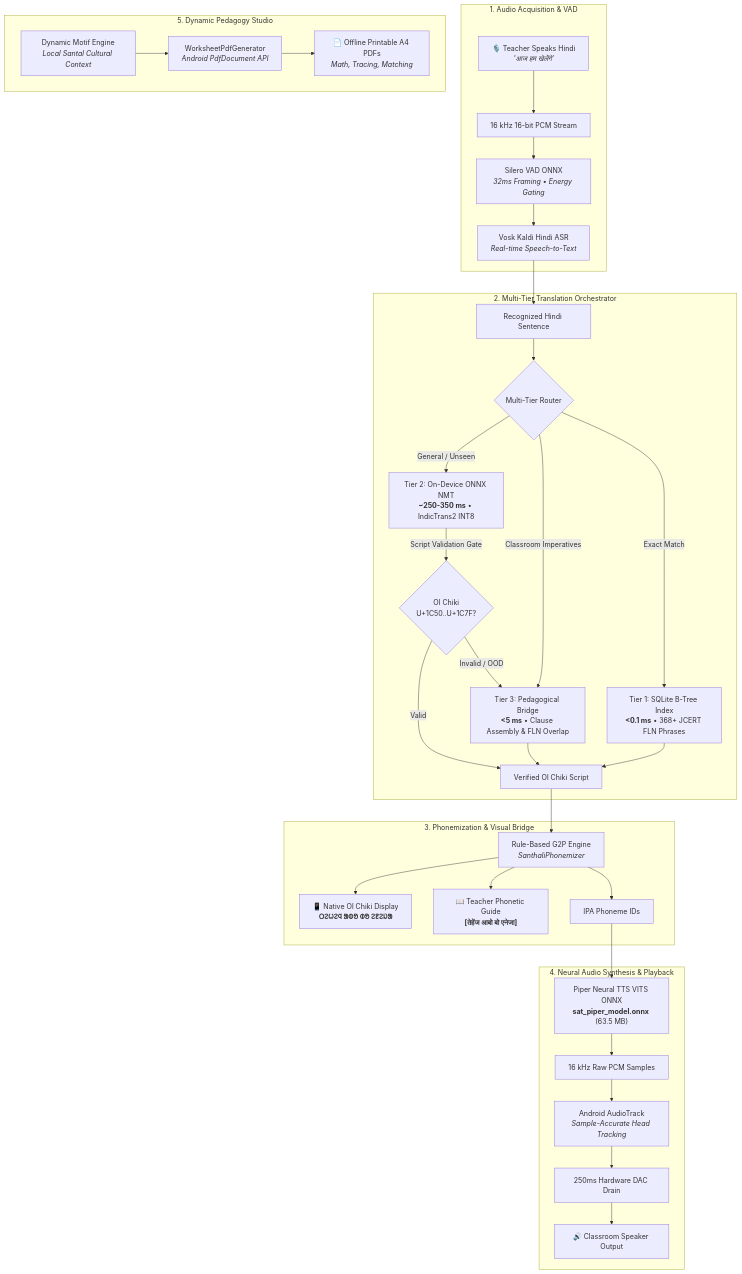
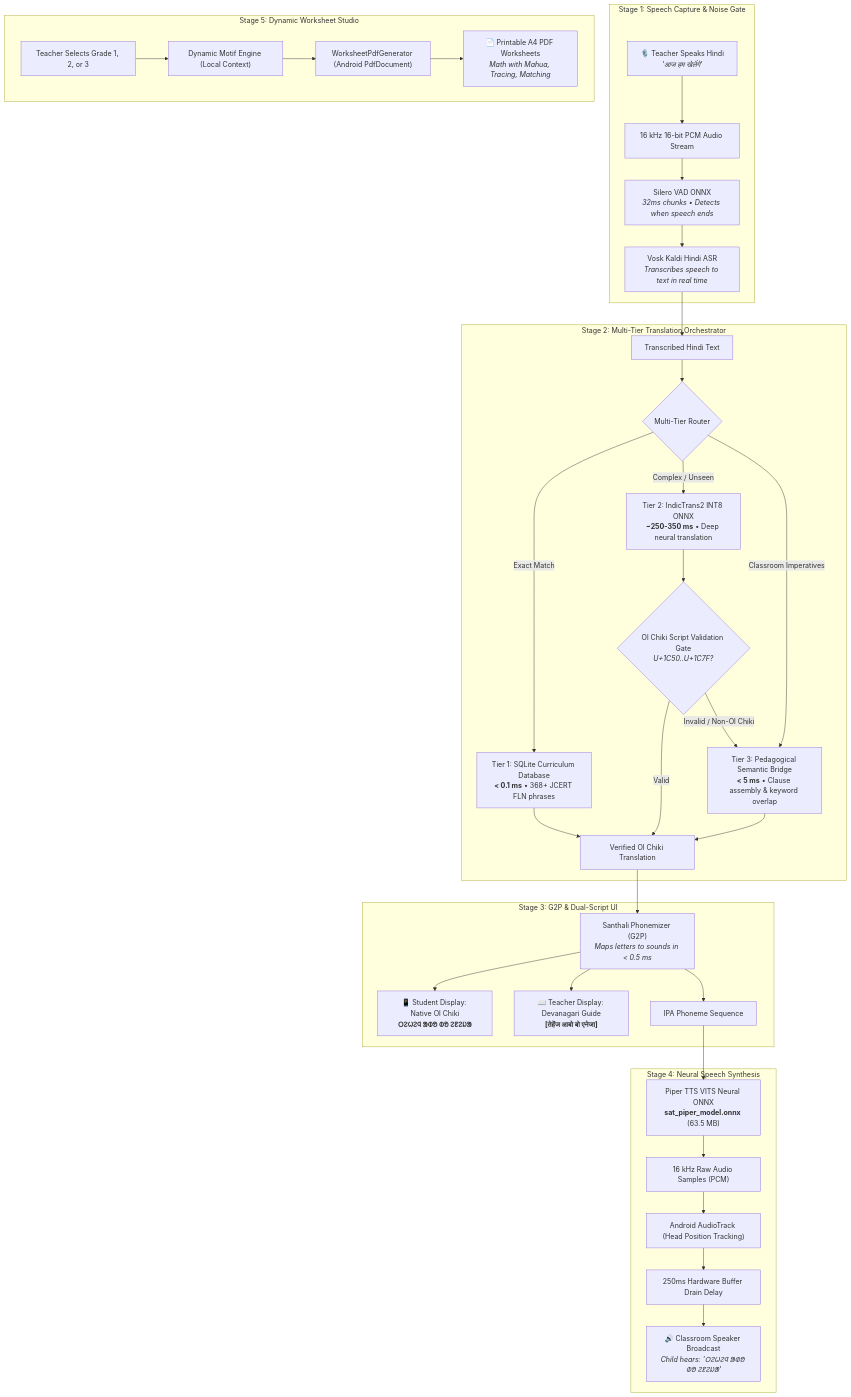
The diagram in README.md (AshrafGalaxy/Vernacular_Pedagogy), drawn with Mermaid before and after one commit. The commit also changed other lines of this file, not shown here.

Commit message:
docs: enrich README with point-wise model quantization specs, exact file sizes, and non-technical guides

````diff
--- a/README.md
+++ b/README.md
@@ -37,53 +65,44 @@
 ```mermaid
 flowchart TD
-    subgraph INPUT["1. Audio Acquisition & VAD"]
-        TeacherVoice["🎙️ Teacher Speaks Hindi<br><i>'आज हम खेलेंगे'</i>"]
-        Mic["16 kHz 16-bit PCM Stream"]
-        SileroVAD["Silero VAD ONNX<br><i>32ms Framing • Energy Gating</i>"]
-        VoskASR["Vosk Kaldi Hindi ASR<br><i>Real-time Speech-to-Text</i>"]
-        
-        TeacherVoice --> Mic --> SileroVAD --> VoskASR
+    subgraph STAGE1["Stage 1: Speech Capture & Noise Gate"]
+        A["🎙️ Teacher Speaks Hindi<br><i>'आज हम खेलेंगे'</i>"] --> B["16 kHz 16-bit PCM Audio Stream"]
+        B --> C["Silero VAD ONNX<br><i>32ms chunks • Detects when speech ends</i>"]
+        C --> D["Vosk Kaldi Hindi ASR<br><i>Transcribes speech to text in real time</i>"]
     end
 
-    subgraph NMT["2. Multi-Tier Translation Orchestrator"]
-        HindiText["Recognized Hindi Sentence"]
-        VoskASR --> HindiText
+    subgraph STAGE2["Stage 2: Multi-Tier Translation Orchestrator"]
+        D --> E["Transcribed Hindi Text"]
+        E --> F{"Multi-Tier Router"}
         
-        TierRouter{"Multi-Tier Router"}
-        HindiText --> TierRouter
+        F -->|Exact Match| G["Tier 1: SQLite Curriculum Database<br><b>&lt; 0.1 ms</b> • 368+ JCERT FLN phrases"]
+        F -->|Complex / Unseen| H["Tier 2: IndicTrans2 INT8 ONNX<br><b>~250-350 ms</b> • Deep neural translation"]
+        F -->|Classroom Imperatives| I["Tier 3: Pedagogical Semantic Bridge<br><b>&lt; 5 ms</b> • Clause assembly & keyword overlap"]
         
-        Tier1["Tier 1: SQLite B-Tree Index<br><b>&lt;0.1 ms</b> • 368+ JCERT FLN Phrases"]
-        Tier2["Tier 2: On-Device ONNX NMT<br><b>~250-350 ms</b> • IndicTrans2 INT8"]
-        Tier3["Tier 3: Pedagogical Bridge<br><b>&lt;5 ms</b> • Clause Assembly & FLN Overlap"]
-        
-        TierRouter -->|Exact Match| Tier1
-        TierRouter -->|General / Unseen| Tier2
-        Tier2 -->|Script Validation Gate| ScriptCheck{"Ol Chiki<br>U+1C50..U+1C7F?"}
-        ScriptCheck -->|Valid| ValidOlChiki["Verified Ol Chiki Script"]
-        ScriptCheck -->|Invalid / OOD| Tier3
-        TierRouter -->|Classroom Imperatives| Tier3
-        Tier3 --> ValidOlChiki
-        Tier1 --> ValidOlChiki
+        H --> J{"Ol Chiki Script Validation Gate<br><i>U+1C50..U+1C7F?</i>"}
+        J -->|Valid| K["Verified Ol Chiki Translation"]
+        J -->|Invalid / Non-Ol Chiki| I
+        G --> K
+        I --> K
     end
 
-    subgraph G2P["3. Phonemization & Visual Bridge"]
-        ValidOlChiki --> Phonemizer["Rule-Based G2P Engine<br><i>SanthaliPhonemizer</i>"]
-        Phonemizer --> OlChikiDisplay["📱 Native Ol Chiki Display<br><b>ᱛᱮᱦᱮᱧ ᱟᱵᱚ ᱵᱚ ᱮᱱᱮᱡᱟ</b>"]
-        Phonemizer --> DevaGuide["📖 Teacher Phonetic Guide<br><b>[तेहेंज आबो बो एनेजा]</b>"]
-        Phonemizer --> IPATokens["IPA Phoneme IDs"]
+    subgraph STAGE3["Stage 3: G2P & Dual-Script UI"]
+        K --> L["Santhali Phonemizer (G2P)<br><i>Maps letters to sounds in &lt; 0.5 ms</i>"]
+        L --> M["📱 Student Display: Native Ol Chiki<br><b>ᱛᱮᱦᱮᱧ ᱟᱵᱚ ᱵᱚ ᱮᱱᱮᱡᱟ</b>"]
+        L --> N["📖 Teacher Display: Devanagari Guide<br><b>[तेहेंज आबो बो एनेजा]</b>"]
+        L --> O["IPA Phoneme Sequence"]
     end
 
-    subgraph TTS["4. Neural Audio Synthesis & Playback"]
-        IPATokens --> PiperTTS["Piper Neural TTS VITS ONNX<br><b>sat_piper_model.onnx</b> (63.5 MB)"]
-        PiperTTS --> PCMBuffer["16 kHz Raw PCM Samples"]
-        PCMBuffer --> AudioTrack["Android AudioTrack<br><i>Sample-Accurate Head Tracking</i>"]
-        AudioTrack --> HardwareDrain["250ms Hardware DAC Drain"]
-        HardwareDrain --> Speaker["🔊 Classroom Speaker Output"]
+    subgraph STAGE4["Stage 4: Neural Speech Synthesis"]
+        O --> P["Piper TTS VITS Neural ONNX<br><b>sat_piper_model.onnx</b> (63.5 MB)"]
+        P --> Q["16 kHz Raw Audio Samples (PCM)"]
+        Q --> R["Android AudioTrack (Head Position Tracking)"]
+        R --> S["250ms Hardware Buffer Drain Delay"]
+        S --> T["🔊 Classroom Speaker Broadcast<br><i>Child hears: 'ᱛᱮᱦᱮᱧ ᱟᱵᱚ ᱵᱚ ᱮᱱᱮᱡᱟ'</i>"]
     end
 
-    subgraph STUDIO["5. Dynamic Pedagogy Studio"]
-        MotifEngine["Dynamic Motif Engine<br><i>Local Santal Cultural Context</i>"]
-        MotifEngine --> PdfGen["WorksheetPdfGenerator<br><i>Android PdfDocument API</i>"]
-        PdfGen --> PrintablePDF["📄 Offline Printable A4 PDFs<br><i>Math, Tracing, Matching</i>"]
+    subgraph STAGE5["Stage 5: Dynamic Worksheet Studio"]
+        U["Teacher Selects Grade 1, 2, or 3"] --> V["Dynamic Motif Engine (Local Context)"]
+        V --> W["WorksheetPdfGenerator (Android PdfDocument)"]
+        W --> X["📄 Printable A4 PDF Worksheets<br><i>Math with Mahua, Tracing, Matching</i>"]
     end
 ```
````
